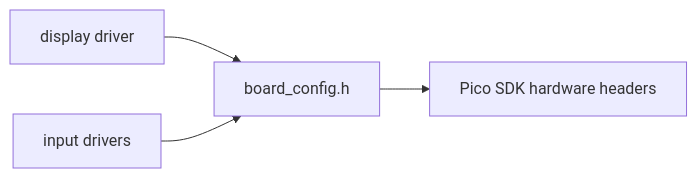
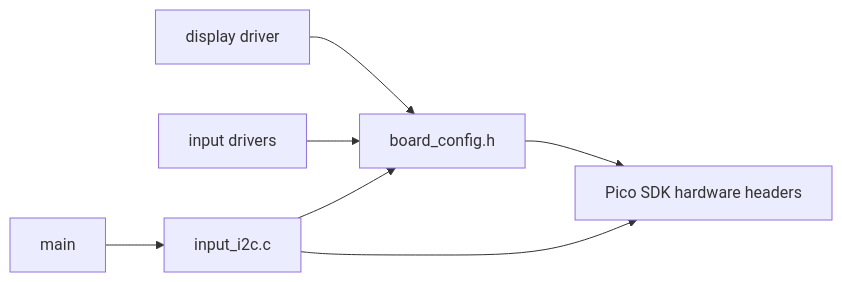
Before and after one commit to starkensan/usb_midi_pedal: the diagram in docs/designs/board-config.md, drawn with Mermaid. The commit also changed other lines of this file and 8 other files, not shown here.

````diff
--- a/docs/designs/board-config.md
+++ b/docs/designs/board-config.md
@@ -29,6 +29,9 @@
 ```mermaid
 flowchart LR
     display[display driver] --> config[board_config.h]
     input[input drivers] --> config
+    startup[main] --> init[input_i2c.c]
+    init --> config
+    init --> pico[Pico SDK]
     config --> pico[Pico SDK hardware headers]
 ```
````
